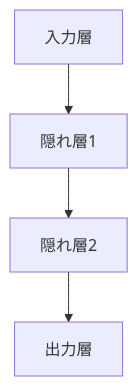
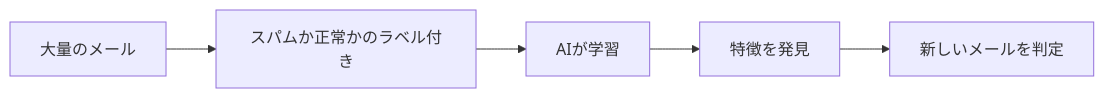
One commit to cyber-freaks-jp/AI_Driven_Development_Course changed the second of 3 diagrams in book/pages/そもそもAIって何？.md. Above: the diagram before and after it, drawn with Mermaid. The commit also changed other lines of this file and 4 other files, not shown here.

````diff
--- a/book/pages/そもそもAIって何？.md
+++ b/book/pages/そもそもAIって何？.md
@@ -72,6 +81,7 @@
 ```mermaid
-graph TD
-    A[入力層] --> B[隠れ層1]
-    B --> C[隠れ層2]
-    C --> D[出力層]
+graph LR
+    A[大量のメール] --> B[スパムか正常かのラベル付き]
+    B --> C[AIが学習]
+    C --> D[特徴を発見]
+    D --> E[新しいメールを判定]
 ```
````
